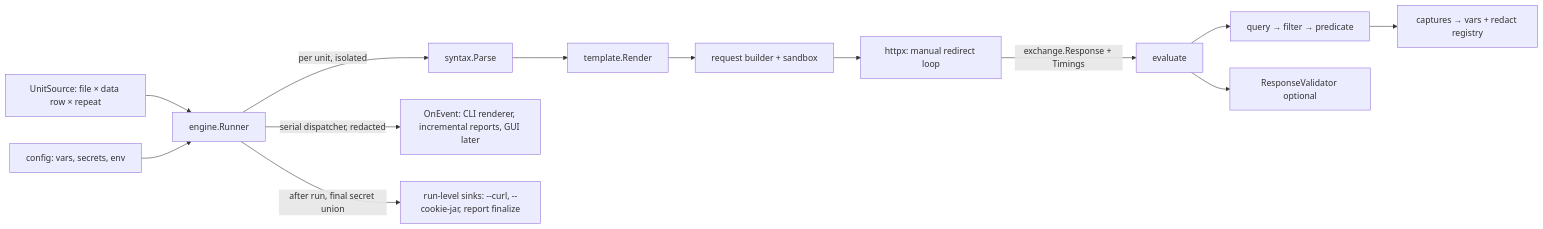
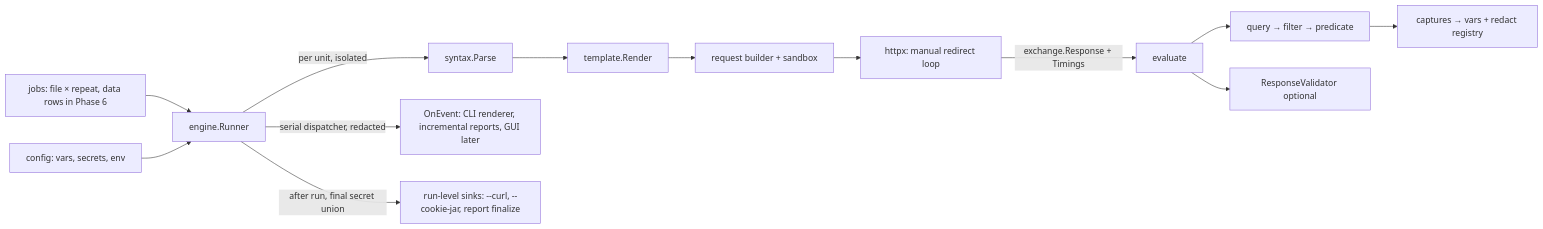
One commit to nhtera/Sonde changed the diagram in docs/architecture.md. Above: the diagram before and after it, drawn with Mermaid. The commit also changed other lines of this file and 33 other files, not shown here.

````diff
--- a/docs/architecture.md
+++ b/docs/architecture.md
@@ -65,15 +65,15 @@
 ```mermaid
 flowchart LR
-  S[UnitSource: file × data row × repeat] --> RU[engine.Runner]
+  S[jobs: file × repeat, data rows in Phase 6] --> RU[engine.Runner]
   C[config: vars, secrets, env] --> RU
   RU -->|per unit, isolated| P[syntax.Parse]
   P --> T[template.Render]
   T --> B[request builder + sandbox]
   B --> H[httpx: manual redirect loop]
   H -->|exchange.Response + Timings| E[evaluate]
   E --> Q[query → filter → predicate]
   E --> V[ResponseValidator optional]
   Q --> K[captures → vars + redact registry]
   RU -->|serial dispatcher, redacted| O[OnEvent: CLI renderer, incremental reports, GUI later]
   RU -->|after run, final secret union| X[run-level sinks: --curl, --cookie-jar, report finalize]
 ```
````
